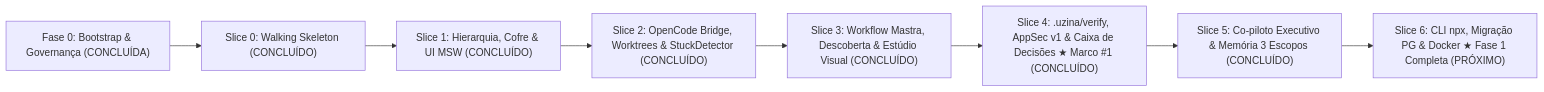
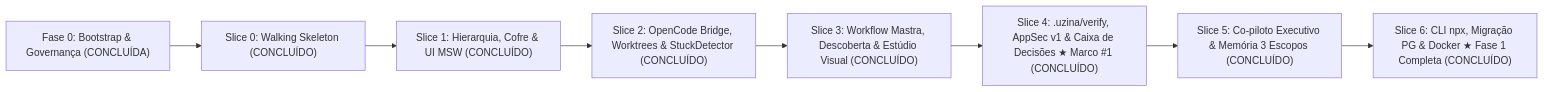
The diagram in docs/status/ROADMAP_STATUS.md (Matheus-Gama-deluna/uzina-studio), drawn with Mermaid before and after one commit. The commit also changed other lines of this file and 25 other files, not shown here.

Commit message:
feat(slice-06): CLI uzina, migrate-to-postgres, Dockerfile/Compose, CI/CD e Playwright E2E — Fase 1 Completa

````diff
--- a/docs/status/ROADMAP_STATUS.md
+++ b/docs/status/ROADMAP_STATUS.md
@@ -9,10 +9,10 @@
 ```mermaid
 flowchart LR
     F0["Fase 0: Bootstrap & Governança (CONCLUÍDA)"] --> S0["Slice 0: Walking Skeleton (CONCLUÍDO)"]
     S0 --> S1["Slice 1: Hierarquia, Cofre & UI MSW (CONCLUÍDO)"]
     S1 --> S2["Slice 2: OpenCode Bridge, Worktrees & StuckDetector (CONCLUÍDO)"]
     S2 --> S3["Slice 3: Workflow Mastra, Descoberta & Estúdio Visual (CONCLUÍDO)"]
     S3 --> S4["Slice 4: .uzina/verify, AppSec v1 & Caixa de Decisões ★ Marco #1 (CONCLUÍDO)"]
     S4 --> S5["Slice 5: Co-piloto Executivo & Memória 3 Escopos (CONCLUÍDO)"]
-    S5 --> S6["Slice 6: CLI npx, Migração PG & Docker ★ Fase 1 Completa (PRÓXIMO)"]
+    S5 --> S6["Slice 6: CLI npx, Migração PG & Docker ★ Fase 1 Completa (CONCLUÍDO)"]
 ```
````
